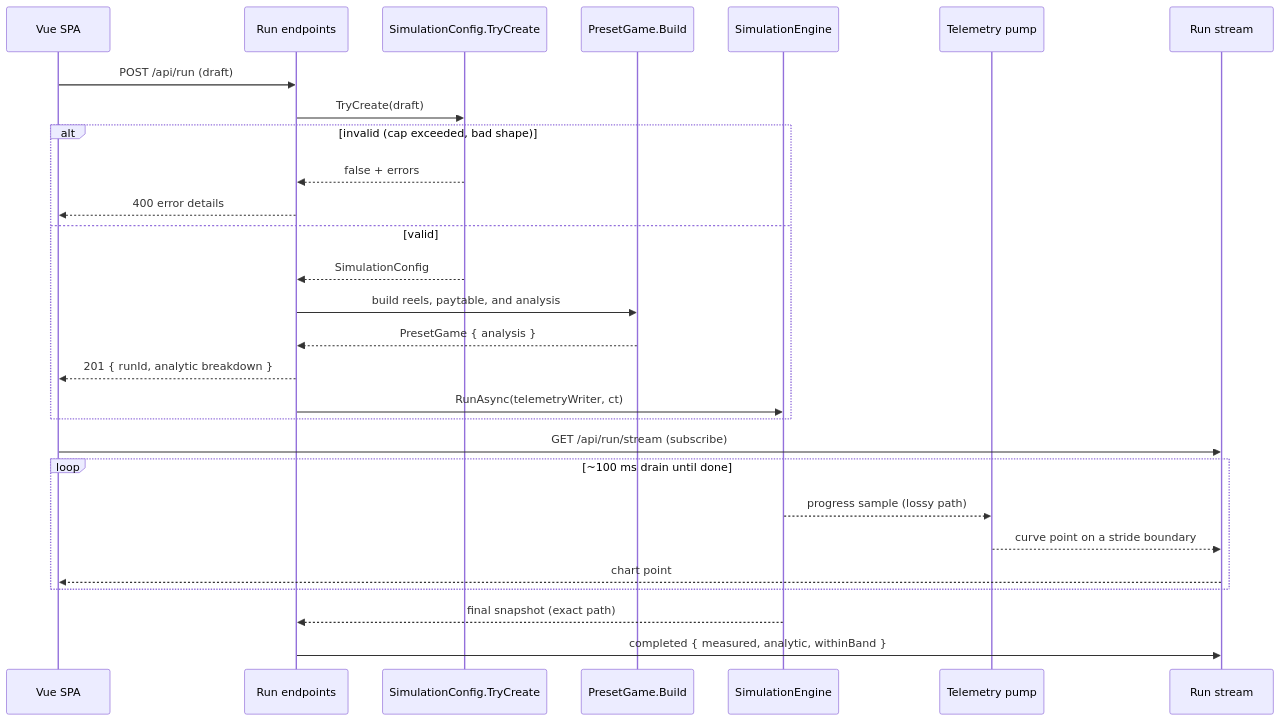
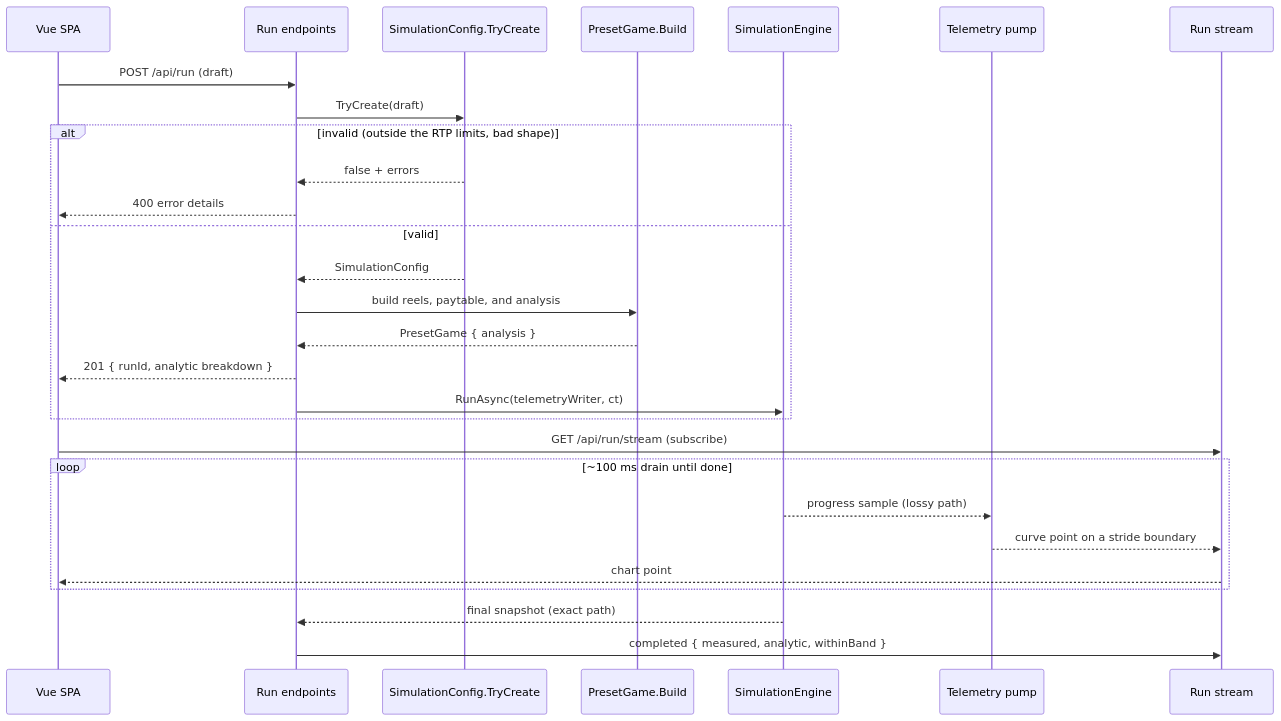
One commit to mmpworks/MMP.SlotDemo changed the second of 2 diagrams in docs/articles/01-system-design.md. Above: the diagram before and after it, drawn with Mermaid. The commit also changed other lines of this file and 15 other files, not shown here.

First line of the commit message:
feat: solver RTP limits (floor+ceiling), GLI-style industry check, article 1-2 teaching passes

````diff
--- a/docs/articles/01-system-design.md
+++ b/docs/articles/01-system-design.md
@@ -378,31 +533,31 @@
 ```mermaid
 sequenceDiagram
     participant SPA as Vue SPA
     participant API as Run endpoints
     participant CFG as SimulationConfig.TryCreate
     participant GAME as PresetGame.Build
     participant ENG as SimulationEngine
     participant PUMP as Telemetry pump
     participant SSE as Run stream
 
     SPA->>API: POST /api/run (draft)
     API->>CFG: TryCreate(draft)
-    alt invalid (cap exceeded, bad shape)
+    alt invalid (outside the RTP limits, bad shape)
         CFG-->>API: false + errors
         API-->>SPA: 400 error details
     else valid
         CFG-->>API: SimulationConfig
         API->>GAME: build reels, paytable, and analysis
         GAME-->>API: PresetGame { analysis }
         API-->>SPA: 201 { runId, analytic breakdown }
         API->>ENG: RunAsync(telemetryWriter, ct)
     end
     SPA->>SSE: GET /api/run/stream (subscribe)
     loop ~100 ms drain until done
         ENG-->>PUMP: progress sample (lossy path)
         PUMP-->>SSE: curve point on a stride boundary
         SSE-->>SPA: chart point
     end
     ENG-->>API: final snapshot (exact path)
     API->>SSE: completed { measured, analytic, withinBand }
 ```
````
